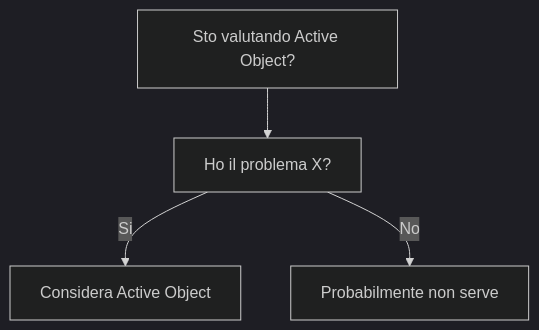
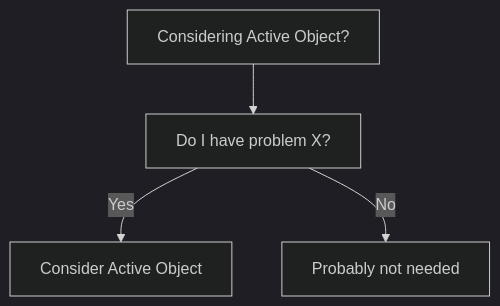
One commit to HxT9/Software-Dev-Wiki changed the diagram in dev-wiki/03_Design_Patterns/Concurrency/Active_Object/When_To_Use.md. Above: the diagram before and after it, drawn with Mermaid (dark theme). The commit also changed other lines of this file and 3444 other files, not shown here.

````diff
--- a/dev-wiki/03_Design_Patterns/Concurrency/Active_Object/When_To_Use.md
+++ b/dev-wiki/03_Design_Patterns/Concurrency/Active_Object/When_To_Use.md
@@ -19,6 +19,6 @@
 ```mermaid
 flowchart TD
-  Q[Sto valutando Active Object?] --> Q1[Ho il problema X?]
-  Q1 -->|Si| OK[Considera Active Object]
-  Q1 -->|No| NO[Probabilmente non serve]
+  Q[Considering Active Object?] --> Q1[Do I have problem X?]
+  Q1 -->|Yes| OK[Consider Active Object]
+  Q1 -->|No| NO[Probably not needed]
 ```
````
